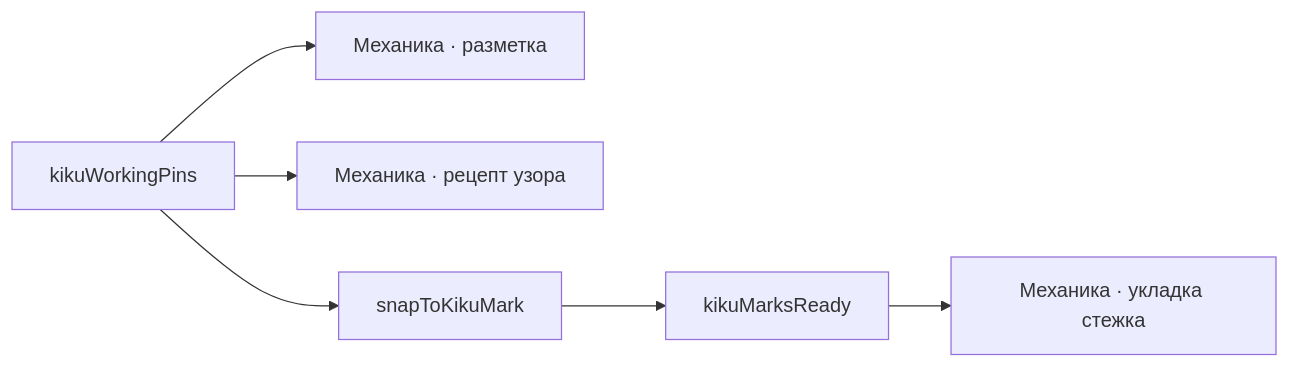
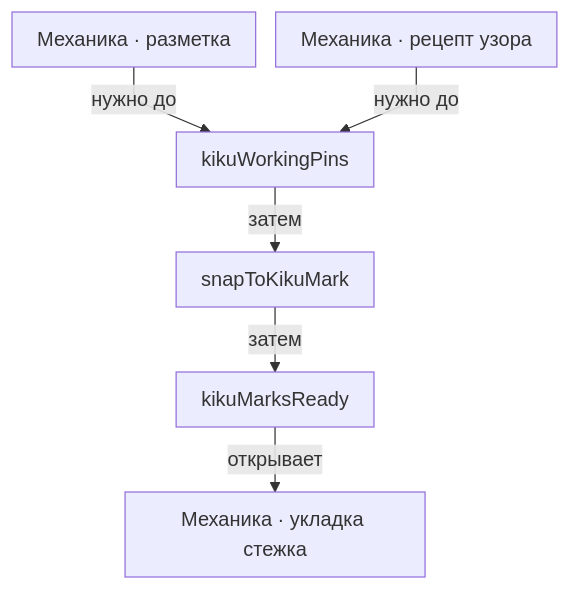
One commit to newYurk/temari changed the diagram in Temari-Obsidian/01 Механики/Механика · метки под узор.md. Above: the diagram before and after it, drawn with Mermaid. The commit also changed other lines of this file and 61 other files, not shown here.

Commit message:
fix(vault): show readable craft relationships and distinct graph nodes

````diff
--- a/Temari-Obsidian/01 Механики/Механика · метки под узор.md
+++ b/Temari-Obsidian/01 Механики/Механика · метки под узор.md
@@ -22,15 +23,16 @@
 ```mermaid
-flowchart LR
+%%{init: {"flowchart":{"nodeSpacing":16,"rankSpacing":28,"curve":"linear","padding":10},"themeVariables":{"fontSize":"16px"}}}%%
+flowchart TB
   IN0["Механика · разметка"]
   IN1["Механика · рецепт узора"]
   S0["kikuWorkingPins"]
   S1["snapToKikuMark"]
   S2["kikuMarksReady"]
   OUT0["Механика · укладка стежка"]
-  S0 --> IN0
-  S0 --> IN1
-  S0 --> S1
-  S1 --> S2
-  S2 --> OUT0
+  IN0 -->|нужно до| S0
+  IN1 -->|нужно до| S0
+  S0 -->|затем| S1
+  S1 -->|затем| S2
+  S2 -->|открывает| OUT0
   class IN0,IN1,OUT0 internal-link;
 ```
````
